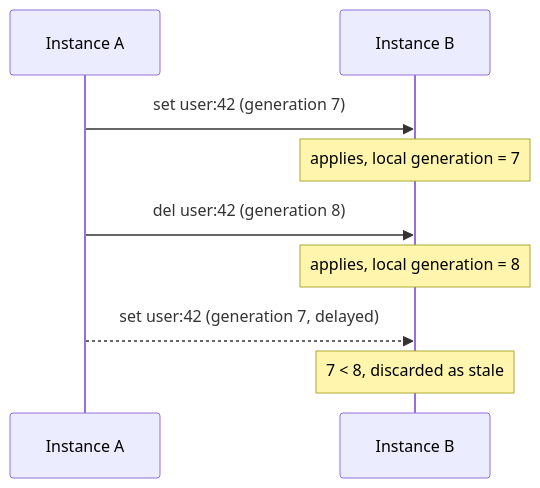
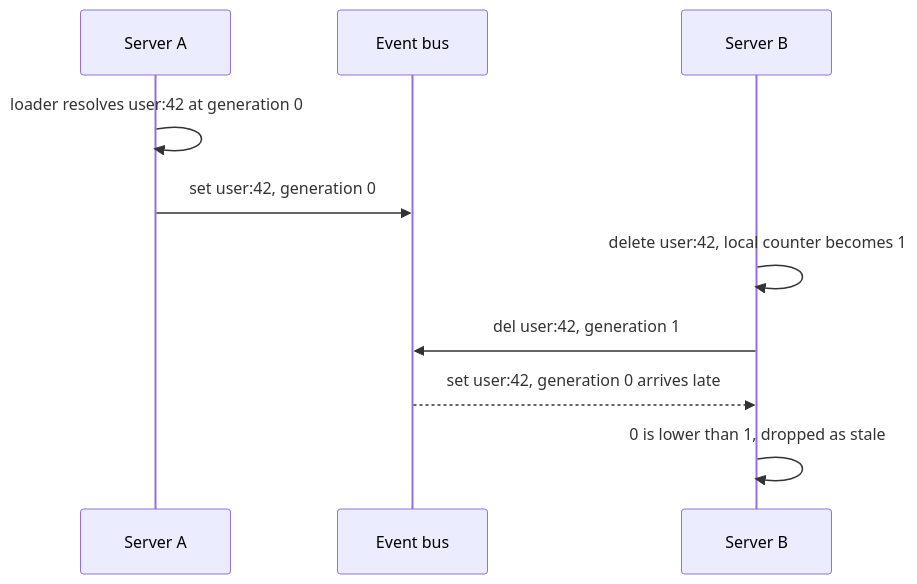
Before and after one commit to Amon20044/LazyLayers: the second of 2 diagrams in docs/architecture/event-ordering.mdx, drawn with Mermaid. The commit also changed other lines of this file and 17 other files, not shown here.

````diff
--- a/docs/architecture/event-ordering.mdx
+++ b/docs/architecture/event-ordering.mdx
@@ -37,11 +82,12 @@
 ```mermaid
 sequenceDiagram
-    participant A as Instance A
-    participant B as Instance B
-    A->>B: set user:42 (generation 7)
-    Note over B: applies, local generation = 7
-    A->>B: del user:42 (generation 8)
-    Note over B: applies, local generation = 8
-    A-->>B: set user:42 (generation 7, delayed)
-    Note over B: 7 < 8, discarded as stale
+    participant A as Server A
+    participant Bus as Event bus
+    participant B as Server B
+    A->>A: loader resolves user:42 at generation 0
+    A->>Bus: set user:42, generation 0
+    B->>B: delete user:42, local counter becomes 1
+    B->>Bus: del user:42, generation 1
+    Bus-->>B: set user:42, generation 0 arrives late
+    B->>B: 0 is lower than 1, dropped as stale
 ```
````
